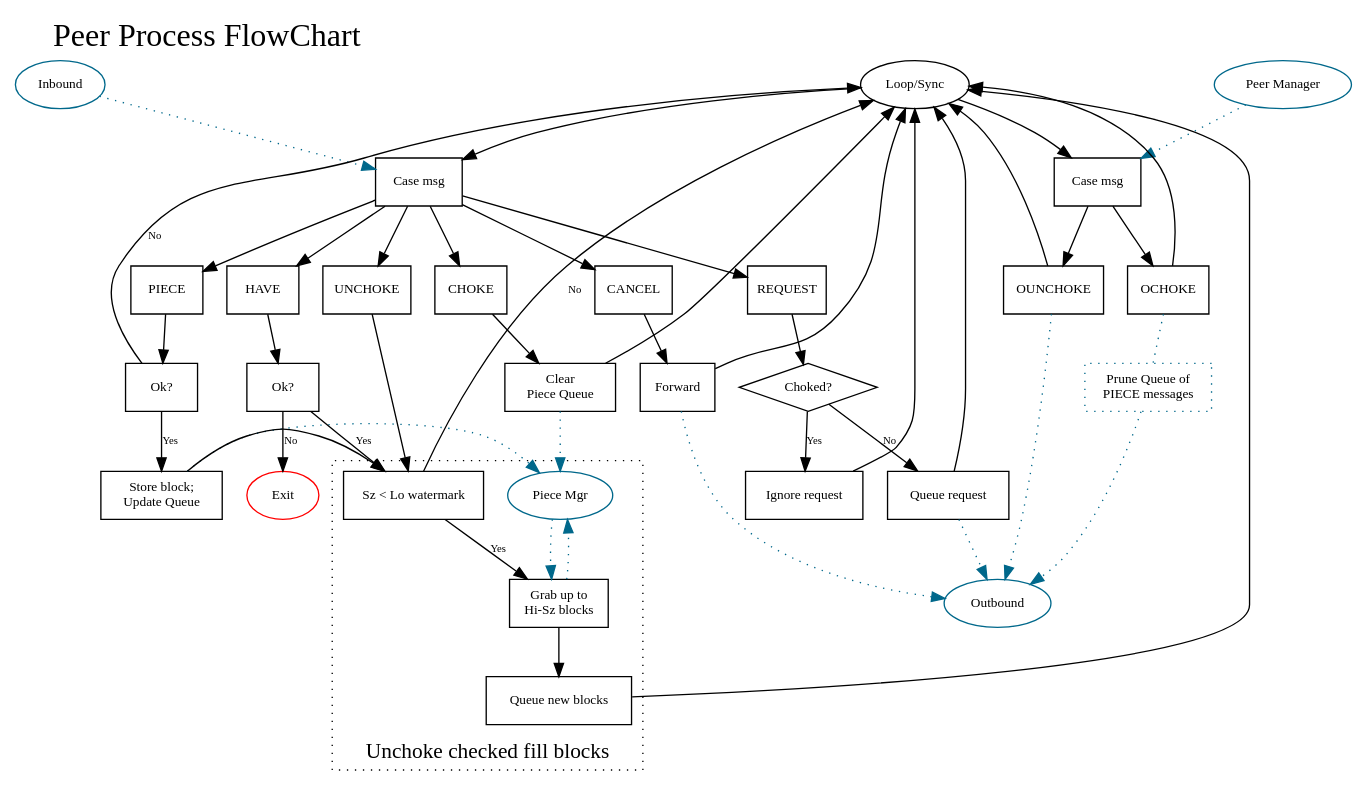
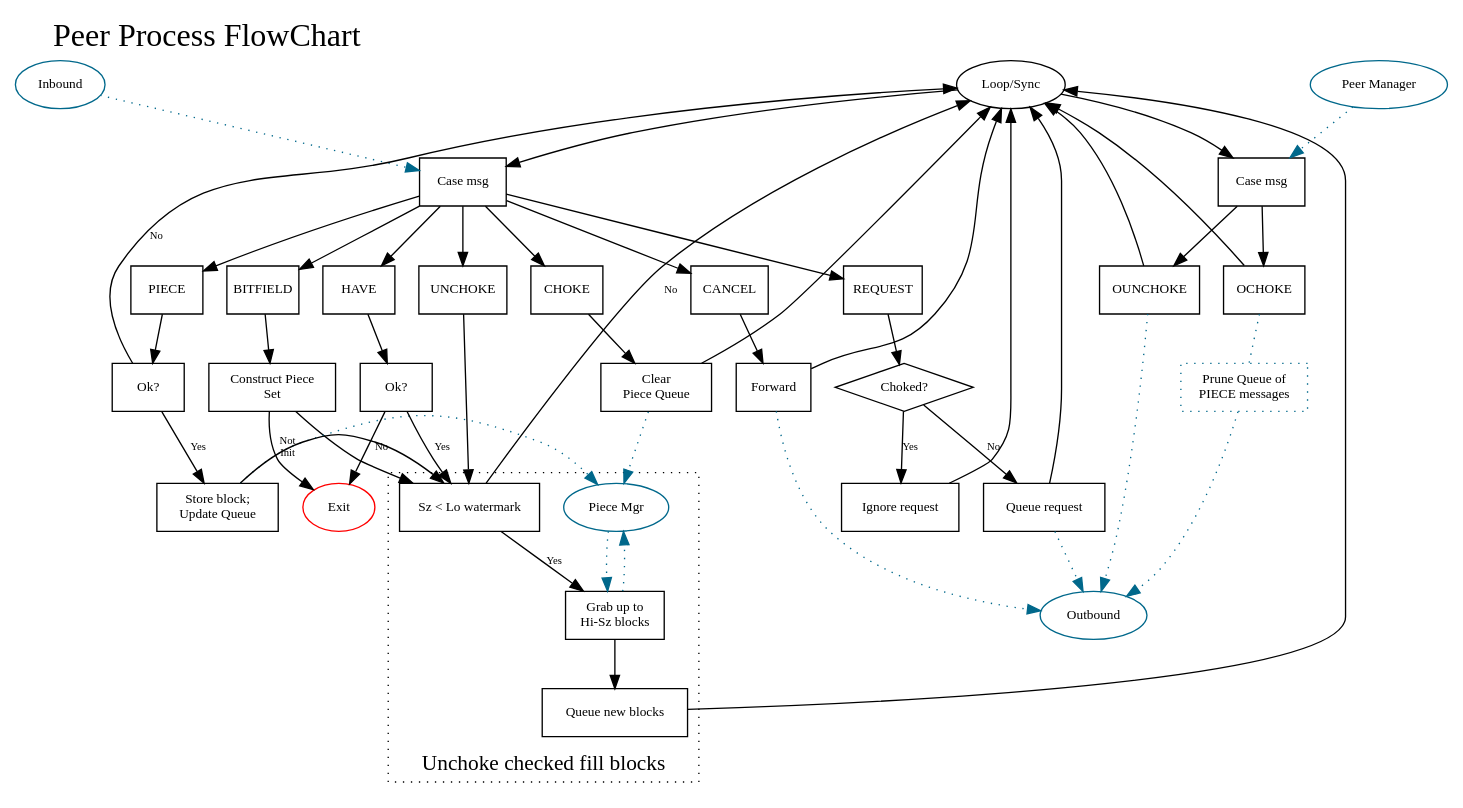
Before and after one commit to jlouis/combinatorrent: the diagram in doc/Peer.dot, drawn with Graphviz.

Commit message:
Update the flow chart with BITFIELD messages.

```diff
--- a/doc/Peer.dot
+++ b/doc/Peer.dot
@@ -1,138 +1,147 @@
 digraph {
 	node [fontname="URW Gothic L",fontsize=10];
 	edge [fontname="URW Gothic L",fontsize=8];
 
 	labeljust = l;
 	labelloc = t;
 
 	fontsize = 24;
 	fontname="URW Gothic L";
 	label = "Peer Process FlowChart";
 
 
 	// External communication
 	{ rank=same;
 	  inbound [label="Inbound", shape=ellipse,color=deepskyblue4];
 	  loop [label="Loop/Sync"];
         }
 
 	outbound [label="Outbound", shape=ellipse,color=deepskyblue4];
 	peerMgr  [label="Peer Manager",shape=ellipse,color=deepskyblue4];
 	pieceMgr [label="Piece Mgr",shape=ellipse,color=deepskyblue4];
 
 	exit [label="Exit",color=red];
 
 	node [shape=box];
 
 	// Loop
 	caseMsg [label="Case msg"];
 	casePMMsg [label="Case msg"];
 
 	inbound -> caseMsg [style=dotted,color=deepskyblue4];
 	loop -> caseMsg;
 	peerMgr -> casePMMsg [style=dotted,color=deepskyblue4];
 	loop -> casePMMsg;
 
 	{ rank=same;
 	  piece [label="PIECE"];
 	  have [label="HAVE"];
 	  cancel [label="CANCEL"];
 	  unchoke [label="UNCHOKE"];
 	  choke [label="CHOKE"];
 	  request [label="REQUEST"];
+	  bitfield [label="BITFIELD"];
 	  ochoke [label="OCHOKE"];
 	  ounchoke [label="OUNCHOKE"];
         }
 
 	// OUnchoke
 
 	casePMMsg -> ounchoke;
 	ounchoke -> outbound [style=dotted,color=deepskyblue4];
 	ounchoke -> loop;
 
 	// OChoke
 	chokePrune [label="Prune Queue of\nPIECE messages",style=dotted,shape=box,color=deepskyblue4];
 
 	casePMMsg -> ochoke;
 	ochoke -> chokePrune [style=dotted,color=deepskyblue4,arrowhead=none];
 	chokePrune -> outbound [style=dotted,color=deepskyblue4];
 	ochoke -> loop;
+
+	// Bitfield
+	constructPieceSet [label="Construct Piece\nSet"];
+
+	caseMsg -> bitfield;
+	bitfield -> constructPieceSet;
+	constructPieceSet -> exit [label="Not\nInit"];
+	constructPieceSet -> sizeCheck;
 
 	// Piece
 	pieceOk [label="Ok?"];
 	pieceStore [label="Store block;\nUpdate Queue"];
 
 	piece -> pieceOk;
 	pieceOk -> loop [label="No"];
 	pieceOk -> pieceStore [label="Yes"];
 
 	pieceStore -> sizeCheck;
 	pieceStore -> pieceMgr [style=dotted,color=deepskyblue4];
 
 	caseMsg -> piece;
 
 	// Have
 	haveOk [label="Ok?"];
 
 	caseMsg -> have;
 	have -> haveOk;
 	haveOk -> exit [label="No"];
 	haveOk -> sizeCheck [label="Yes"];
 
 	// Cancel
 	cancelForward [label="Forward"];
 
 	caseMsg -> cancel;
 	cancel -> cancelForward;
 	cancelForward -> loop;
 	cancelForward -> outbound [style="dotted",color=deepskyblue4];
 
 	// Unchoke
 	caseMsg -> unchoke;
 	unchoke -> sizeCheck;
 
 	// Choke
 	clearPieceQueue [label="Clear\nPiece Queue"];
 
 	caseMsg -> choke;
 	choke -> clearPieceQueue;
 	clearPieceQueue -> pieceMgr [style=dotted,color=deepskyblue4];
 	clearPieceQueue -> loop;
 
 	// Request
 	requestChoked [label="Choked?",shape=diamond];
 	requestIgnore [label="Ignore request"];
 	queueRequest  [label="Queue request"];
 
 	caseMsg -> request;
 	request -> requestChoked;
 	requestChoked -> requestIgnore [label="Yes"];
 	requestIgnore -> loop;
 
 	requestChoked -> queueRequest [label="No"];
 
 	queueRequest -> loop;
 	queueRequest -> outbound [style=dotted,color=deepskyblue4];
 
 
 
 	subgraph cluster_fill_blocks {
 		 fontsize = 16;
 		 style = "dotted";
 		 labelloc=b
 		 label = "Unchoke checked fill blocks";
 
 		 sizeCheck [label="Sz < Lo watermark"];
 		 grabBlocks [label="Grab up to\nHi-Sz blocks"];
 		 queueBlocks [label="Queue new blocks"];
 
 		 sizeCheck -> loop [label="No"];
 		 sizeCheck -> grabBlocks [label="Yes"];
 
 		 grabBlocks -> pieceMgr [style=dotted,color=deepskyblue4];
 		 pieceMgr -> grabBlocks [style=dotted,color=deepskyblue4];
 
 		 grabBlocks -> queueBlocks;
 		 queueBlocks -> loop;
 	}
 }
```
